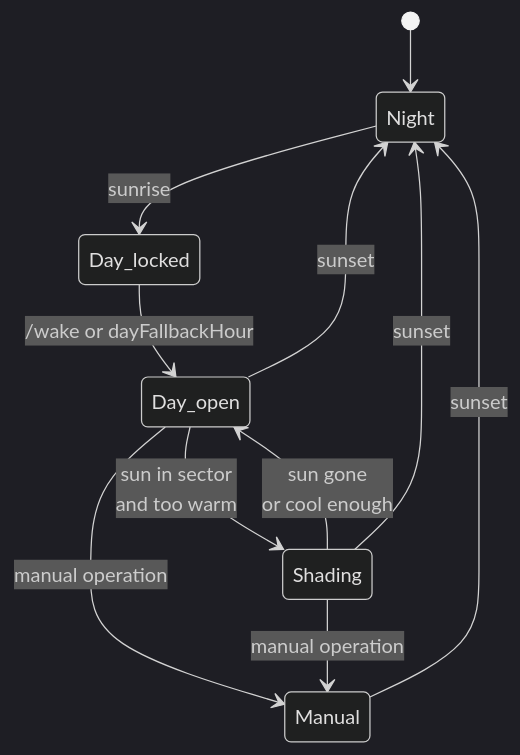
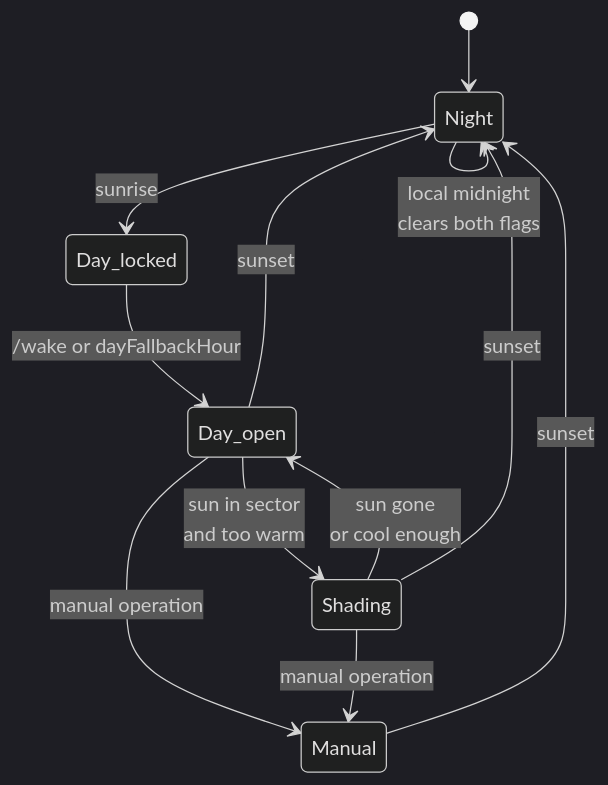
Before and after one commit to marcelschreiner/shelly-sun-tracking-blinds: the third of 3 diagrams in README.md, drawn with Mermaid (dark theme). The commit also changed other lines of this file, not shown here.

````diff
--- a/README.md
+++ b/README.md
@@ -96,13 +96,14 @@
 ```mermaid
 stateDiagram-v2
     [*] --> Night
     Night --> Day_locked: sunrise
     Day_locked --> Day_open: /wake or dayFallbackHour
     Day_open --> Shading: sun in sector<br/>and too warm
     Shading --> Day_open: sun gone<br/>or cool enough
     Day_open --> Manual: manual operation
     Shading --> Manual: manual operation
     Manual --> Night: sunset
     Day_open --> Night: sunset
     Shading --> Night: sunset
+    Night --> Night: local midnight<br/>clears both flags
 ```
````
